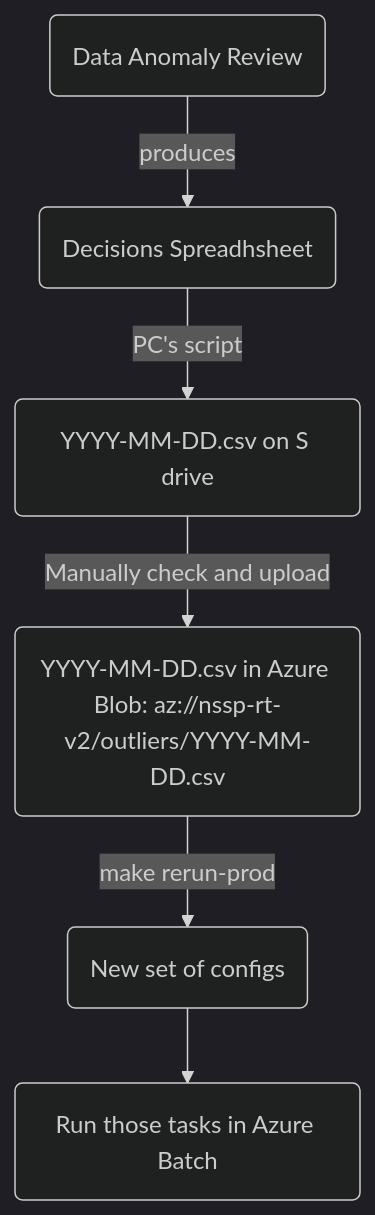
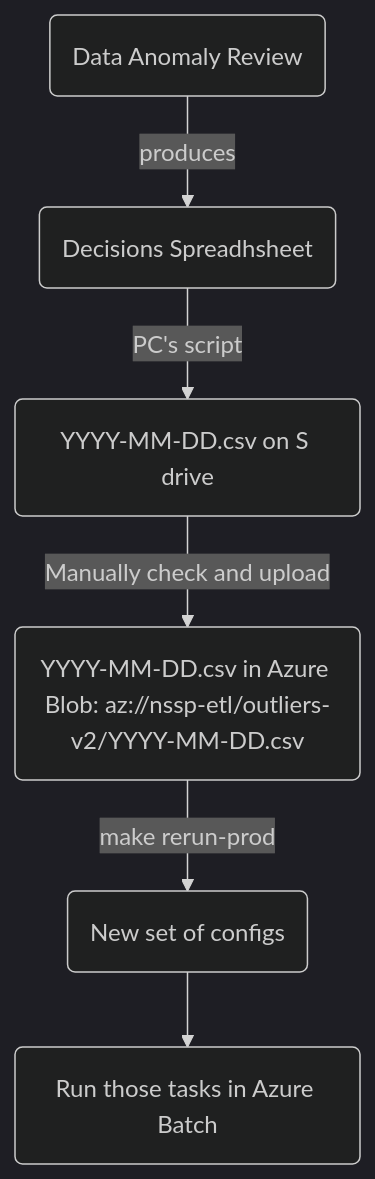
The second of 2 diagrams in SOP.md (CDCgov/cfa-epinow2-pipeline), drawn with Mermaid (dark theme) before and after one commit. The commit also changed other lines of this file and 1 other file, not shown here.

Commit message:
update outliers path documentation (#235)

````diff
--- a/SOP.md
+++ b/SOP.md
@@ -204,8 +204,8 @@
 ```mermaid
 flowchart TD
     A(Data Anomaly Review) -->|produces| B(Decisions Spreadhsheet)
     B -->|PC's script| C(YYYY-MM-DD.csv on S drive)
-    C -->|Manually check and upload| D(YYYY-MM-DD.csv in Azure Blob: az://nssp-rt-v2/outliers/YYYY-MM-DD.csv)
+    C -->|Manually check and upload| D(YYYY-MM-DD.csv in Azure Blob: az://nssp-etl/outliers-v2/YYYY-MM-DD.csv)
     D -->|make rerun-prod| E(New set of configs)
     E -->F(Run those tasks in Azure Batch)
 ```
````
